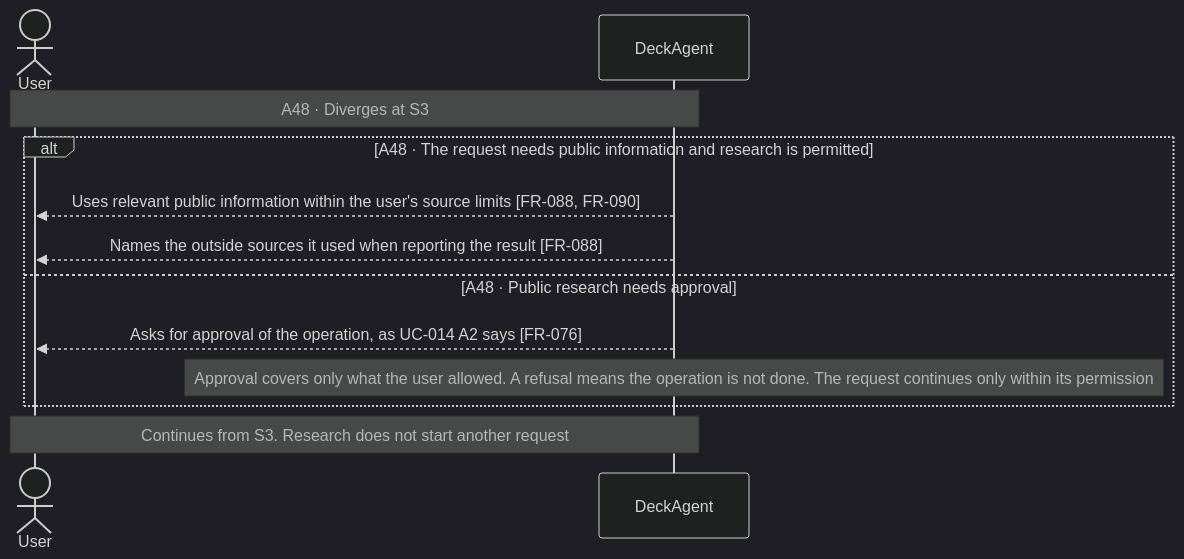
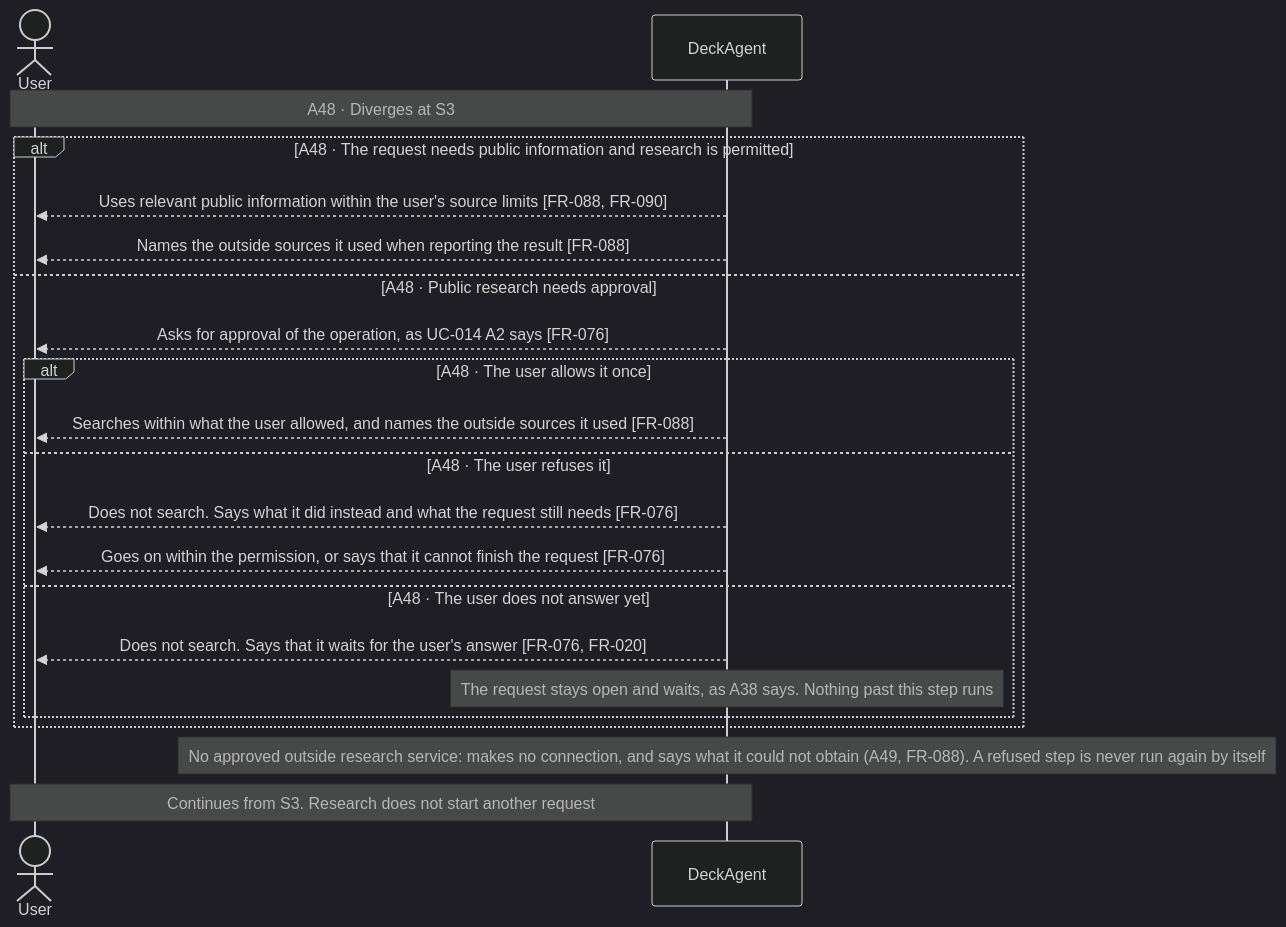
Before and after one commit to Luke23127006/DeckAgent: diagram 29 of 30 in docs/spec/03-use-cases/UC-003.md, drawn with Mermaid (dark theme). The commit also changed other lines of this file and 5 other files, not shown here.

Commit message:
docs(spec): align public research with service approval and skip behavior

````diff
--- a/docs/spec/03-use-cases/UC-003.md
+++ b/docs/spec/03-use-cases/UC-003.md
@@ -423,14 +423,23 @@
 ```mermaid
 sequenceDiagram
     actor User
     participant DeckAgent
     Note over User,DeckAgent: A48 · Diverges at S3
     alt A48 · The request needs public information and research is permitted
         DeckAgent-->>User: Uses relevant public information within the user's source limits [FR-088, FR-090]
         DeckAgent-->>User: Names the outside sources it used when reporting the result [FR-088]
     else A48 · Public research needs approval
         DeckAgent-->>User: Asks for approval of the operation, as UC-014 A2 says [FR-076]
-        note over DeckAgent: Approval covers only what the user allowed. A refusal means the operation is not done. The request continues only within its permission
+        alt A48 · The user allows it once
+            DeckAgent-->>User: Searches within what the user allowed, and names the outside sources it used [FR-088]
+        else A48 · The user refuses it
+            DeckAgent-->>User: Does not search. Says what it did instead and what the request still needs [FR-076]
+            DeckAgent-->>User: Goes on within the permission, or says that it cannot finish the request [FR-076]
+        else A48 · The user does not answer yet
+            DeckAgent-->>User: Does not search. Says that it waits for the user's answer [FR-076, FR-020]
+            note over DeckAgent: The request stays open and waits, as A38 says. Nothing past this step runs
+        end
     end
+    note over DeckAgent: No approved outside research service: makes no connection, and says what it could not obtain (A49, FR-088). A refused step is never run again by itself
     Note over User,DeckAgent: Continues from S3. Research does not start another request
 ```
````
